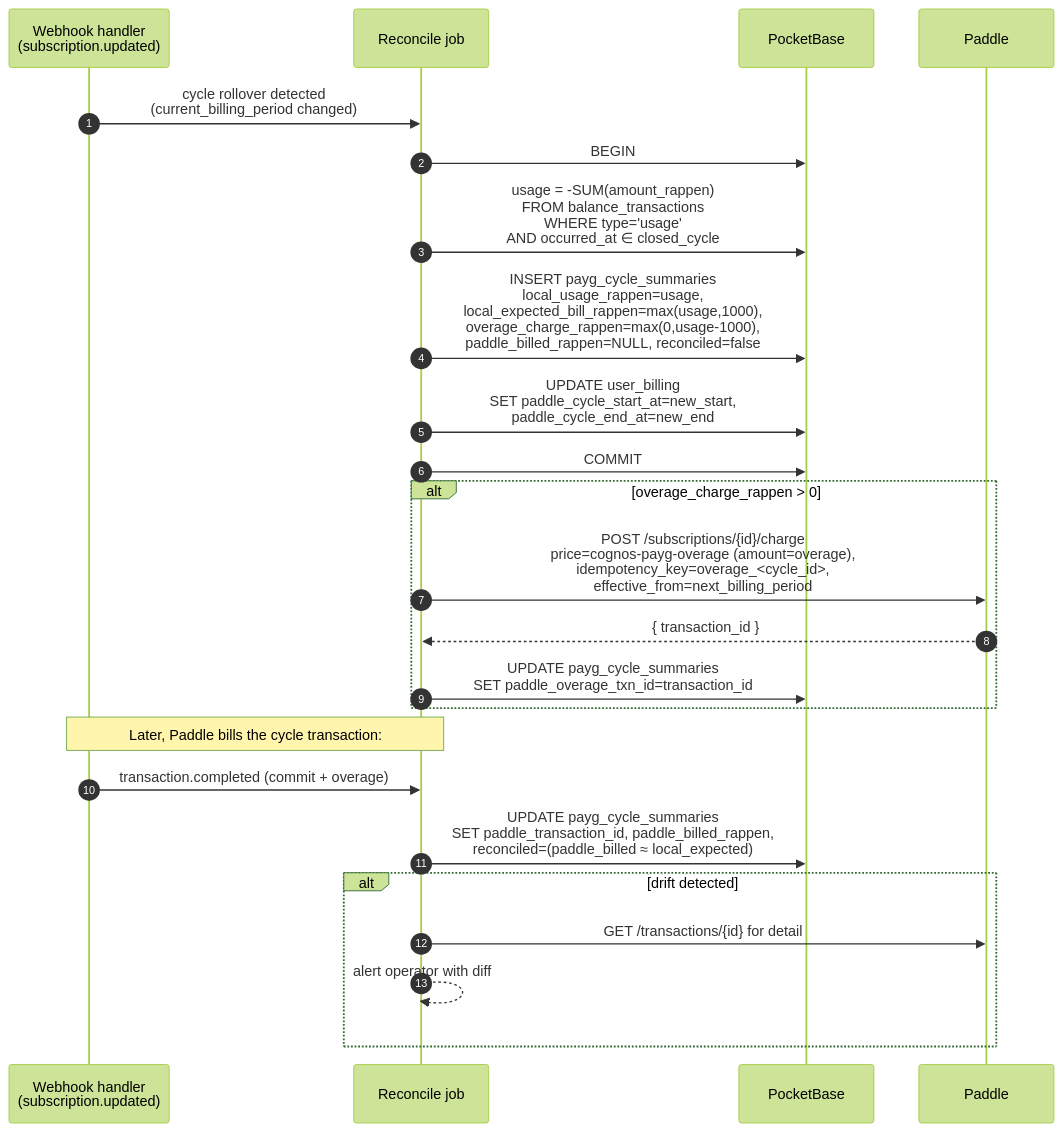
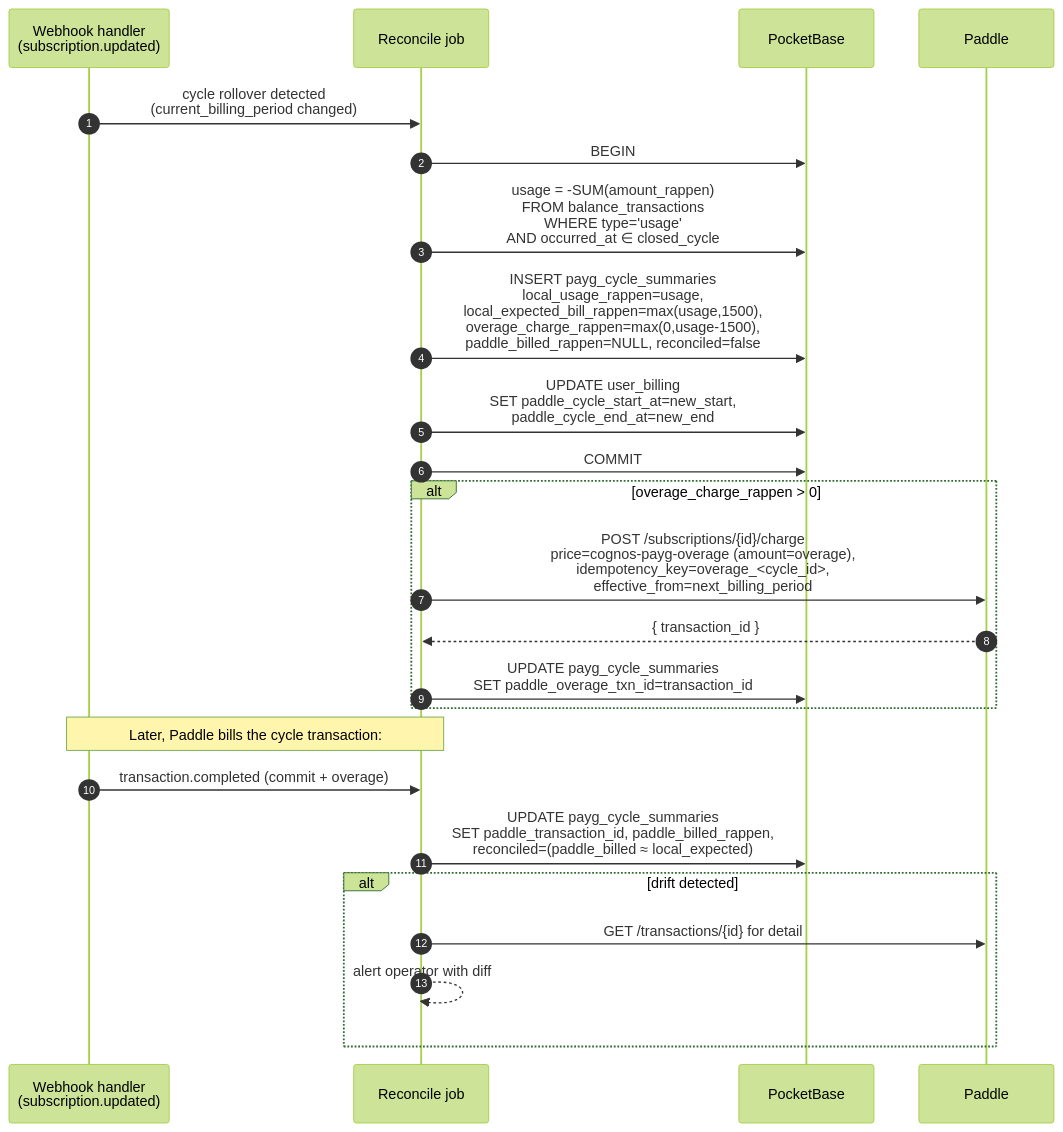
One commit to cognos-io/chat.cognos.io changed the seventh of 7 diagrams in docs/specs/billing.md. Above: the diagram before and after it, drawn with Mermaid (forest theme). The commit also changed other lines of this file and 2 other files, not shown here.

First line of the commit message:
docs(billing): correct PAYG minimum to CHF 15 across spec and runbook

````diff
--- a/docs/specs/billing.md
+++ b/docs/specs/billing.md
@@ -861,28 +861,28 @@
 ```mermaid
 sequenceDiagram
     autonumber
     participant W as Webhook handler<br/>(subscription.updated)
     participant R as Reconcile job
     participant DB as PocketBase
     participant P as Paddle
 
     W->>R: cycle rollover detected<br/>(current_billing_period changed)
     R->>DB: BEGIN
     R->>DB: usage = -SUM(amount_rappen)<br/>FROM balance_transactions<br/>WHERE type='usage'<br/>AND occurred_at ∈ closed_cycle
-    R->>DB: INSERT payg_cycle_summaries<br/>local_usage_rappen=usage,<br/>local_expected_bill_rappen=max(usage,1000),<br/>overage_charge_rappen=max(0,usage-1000),<br/>paddle_billed_rappen=NULL, reconciled=false
+    R->>DB: INSERT payg_cycle_summaries<br/>local_usage_rappen=usage,<br/>local_expected_bill_rappen=max(usage,1500),<br/>overage_charge_rappen=max(0,usage-1500),<br/>paddle_billed_rappen=NULL, reconciled=false
     R->>DB: UPDATE user_billing<br/>SET paddle_cycle_start_at=new_start,<br/>paddle_cycle_end_at=new_end
     R->>DB: COMMIT
     alt overage_charge_rappen > 0
         R->>P: POST /subscriptions/{id}/charge<br/>price=cognos-payg-overage (amount=overage),<br/>idempotency_key=overage_<cycle_id>,<br/>effective_from=next_billing_period
         P-->>R: { transaction_id }
         R->>DB: UPDATE payg_cycle_summaries<br/>SET paddle_overage_txn_id=transaction_id
     end
 
     Note over W,R: Later, Paddle bills the cycle transaction:
     W->>R: transaction.completed (commit + overage)
     R->>DB: UPDATE payg_cycle_summaries<br/>SET paddle_transaction_id, paddle_billed_rappen,<br/>reconciled=(paddle_billed ≈ local_expected)
     alt drift detected
         R->>P: GET /transactions/{id} for detail
         R-->>R: alert operator with diff
     end
 ```
````
